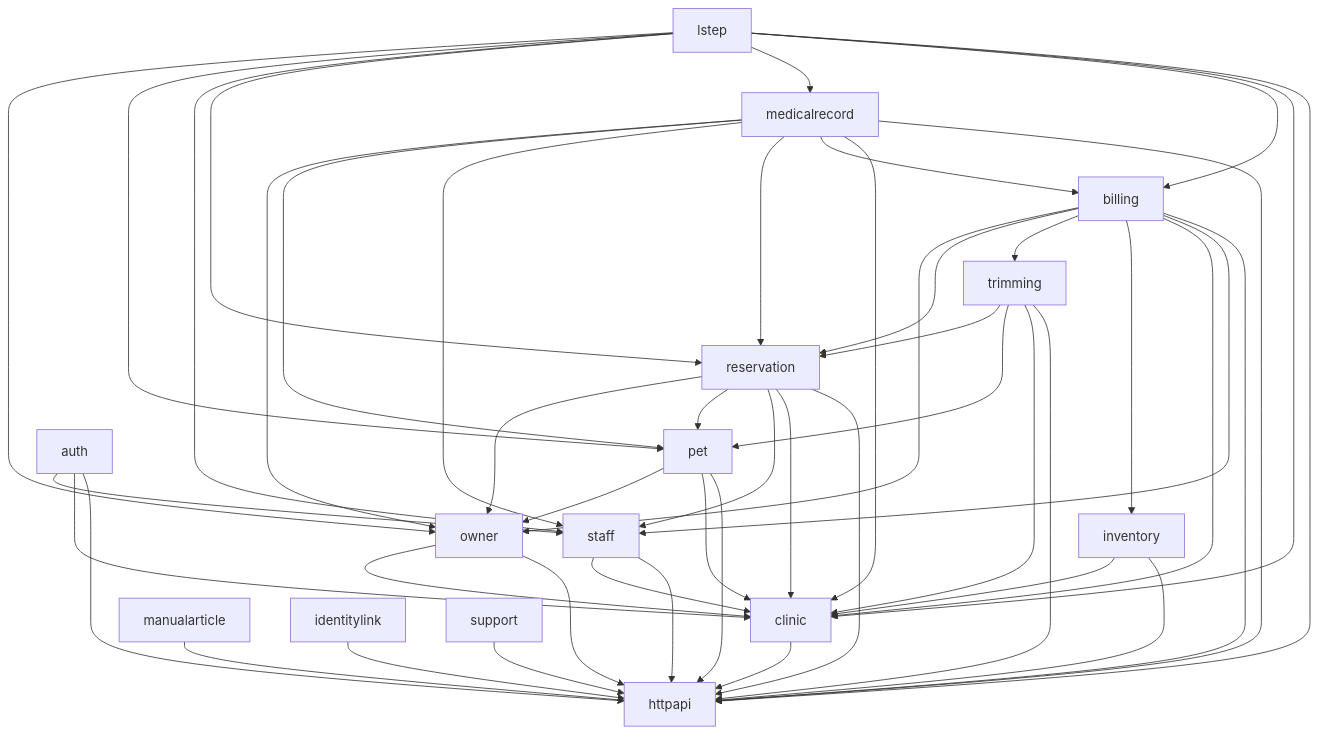
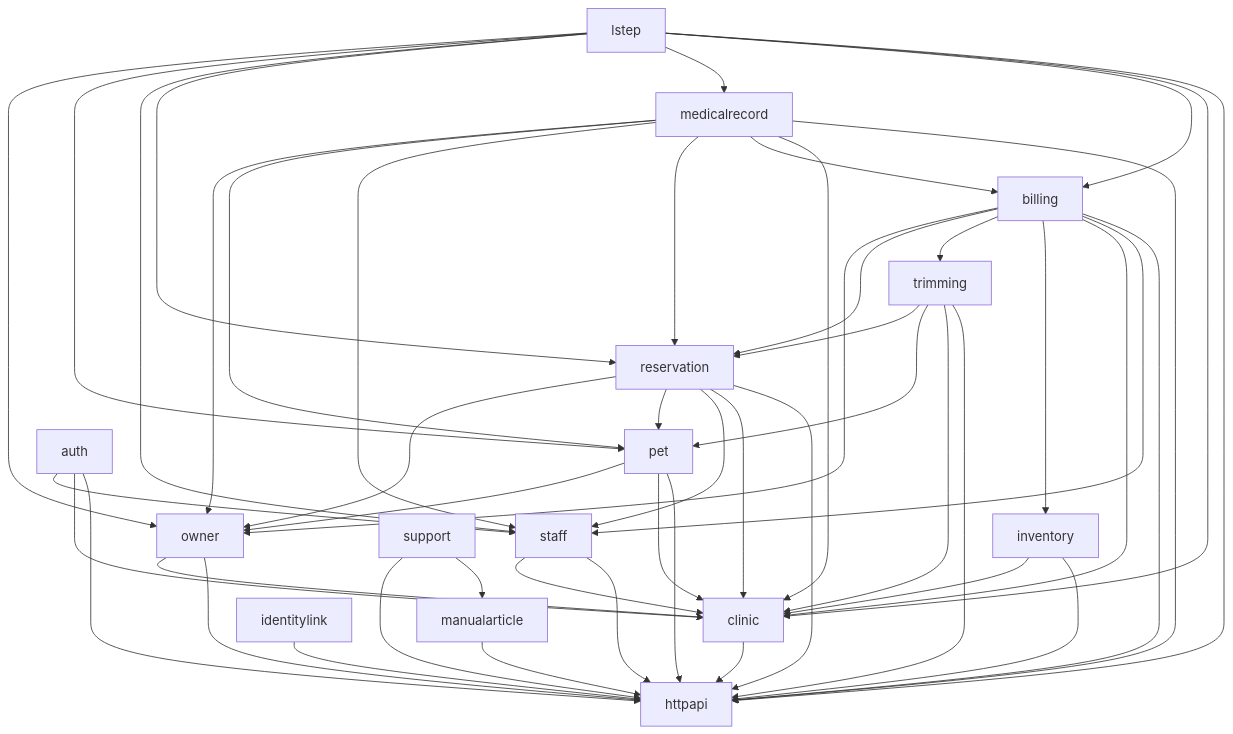
The diagram in docs/architecture/be9-2a-boundary-map.md (MinoruSoga/AnimalEkarte), drawn with Mermaid before and after one commit. The commit also changed other lines of this file and 93 other files, not shown here.

````diff
--- a/docs/architecture/be9-2a-boundary-map.md
+++ b/docs/architecture/be9-2a-boundary-map.md
@@ -344,50 +346,51 @@
 ```mermaid
 flowchart TB
     lstep --> owner
     lstep --> pet
     lstep --> staff
     lstep --> reservation
     lstep --> medicalrecord
     lstep --> billing
     lstep --> clinic
     lstep --> httpapi
     medicalrecord --> owner
     medicalrecord --> pet
     medicalrecord --> staff
     medicalrecord --> reservation
     medicalrecord --> billing
     medicalrecord --> clinic
     medicalrecord --> httpapi
     billing --> owner
     billing --> reservation
     billing --> trimming
     billing --> inventory
     billing --> clinic
     billing --> staff
     billing --> httpapi
     trimming --> reservation
     trimming --> pet
     trimming --> clinic
     trimming --> httpapi
     reservation --> owner
     reservation --> pet
     reservation --> staff
     reservation --> clinic
     reservation --> httpapi
     auth --> staff
     auth --> clinic
     auth --> httpapi
     staff --> clinic
     staff --> httpapi
     pet --> owner
     pet --> clinic
     pet --> httpapi
     owner --> clinic
     owner --> httpapi
     inventory --> clinic
     inventory --> httpapi
     clinic --> httpapi
     manualarticle --> httpapi
     identitylink --> httpapi
     support --> httpapi
+    support --> manualarticle
 ```
````
